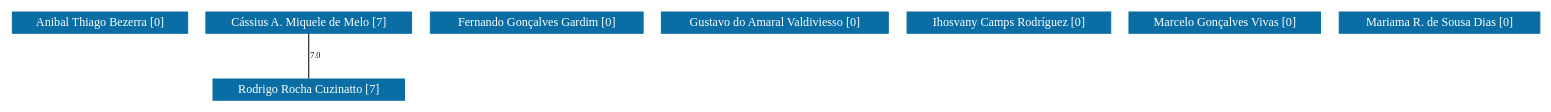
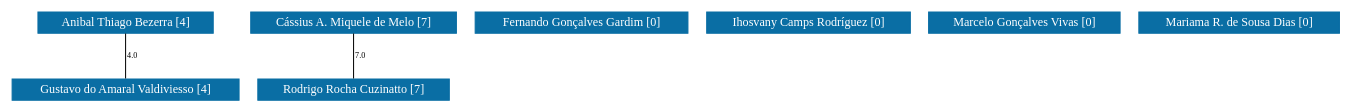
The diagram in PPGF-UNIFAL/grafoDeColaboracoesComPesos.dot (icamps/unifal-lattes.github.io), drawn with Graphviz before and after one commit. The commit also changed 833 other files, not shown here.

```diff
--- a/PPGF-UNIFAL/grafoDeColaboracoesComPesos.dot
+++ b/PPGF-UNIFAL/grafoDeColaboracoesComPesos.dot
@@ -1,71 +1,75 @@
 strict graph grafo2 {
-	graph [bb="0,0,1253,87",
+	graph [bb="0,0,1085,87",
 		id=grafo2,
 		overlap=False
 	];
 	node [fontsize=12,
 		label="\N",
 		shape=rectangle,
 		style=filled
 	];
 	0	 [URL="membro-8478305453281130.html",
 		color="#0A6EA4",
 		fontcolor="#FFFFFF",
 		height=0.29167,
-		label="Anibal Thiago Bezerra [0]",
-		pos="71.5,76.5",
+		label="Anibal Thiago Bezerra [4]",
+		pos="91.5,76.5",
 		width=1.9861];
+	3	 [URL="membro-4023778019418442.html",
+		color="#0A6EA4",
+		fontcolor="#FFFFFF",
+		height=0.29167,
+		label="Gustavo do Amaral Valdiviesso [4]",
+		pos="91.5,10.5",
+		width=2.5417];
+	0 -- 3	 [fontsize=8,
+		label=4.0,
+		lp="96.5,43.5",
+		pos="91.5,65.896 91.5,53.653 91.5,33.622 91.5,21.297"];
 	1	 [URL="membro-4002033080997386.html",
 		color="#0A6EA4",
 		fontcolor="#FFFFFF",
 		height=0.29167,
 		label="Cássius A. Miquele de Melo [7]",
-		pos="244.5,76.5",
+		pos="278.5,76.5",
 		width=2.3194];
 	6	 [URL="membro-8073303573679522.html",
 		color="#0A6EA4",
 		fontcolor="#FFFFFF",
 		height=0.29167,
 		label="Rodrigo Rocha Cuzinatto [7]",
-		pos="244.5,10.5",
+		pos="278.5,10.5",
 		width=2.1389];
 	1 -- 6	 [fontsize=8,
 		label=7.0,
-		lp="249.5,43.5",
-		pos="244.5,65.896 244.5,53.653 244.5,33.622 244.5,21.297"];
+		lp="283.5,43.5",
+		pos="278.5,65.896 278.5,53.653 278.5,33.622 278.5,21.297"];
 	2	 [URL="membro-2425549033248106.html",
 		color="#0A6EA4",
 		fontcolor="#FFFFFF",
 		height=0.29167,
 		label="Fernando Gonçalves Gardim [0]",
-		pos="431.5,76.5",
+		pos="465.5,76.5",
 		width=2.3611];
-	3	 [URL="membro-4023778019418442.html",
-		color="#0A6EA4",
-		fontcolor="#FFFFFF",
-		height=0.29167,
-		label="Gustavo do Amaral Valdiviesso [0]",
-		pos="626.5,76.5",
-		width=2.5417];
 	4	 [URL="membro-3732563704810366.html",
 		color="#0A6EA4",
 		fontcolor="#FFFFFF",
 		height=0.29167,
 		label="Ihosvany Camps Rodríguez [0]",
-		pos="818.5,76.5",
+		pos="650.5,76.5",
 		width=2.2778];
 	5	 [URL="membro-1312049227898761.html",
 		color="#0A6EA4",
 		fontcolor="#FFFFFF",
 		height=0.29167,
 		label="Marcelo Gonçalves Vivas [0]",
-		pos="996.5,76.5",
+		pos="828.5,76.5",
 		width=2.1528];
 	7	 [URL="membro-9972552337847809.html",
 		color="#0A6EA4",
 		fontcolor="#FFFFFF",
 		height=0.29167,
 		label="Mariama R. de Sousa Dias [0]",
-		pos="1172.5,76.5",
+		pos="1004.5,76.5",
 		width=2.2361];
 }
```
